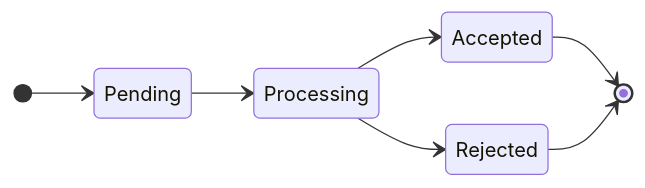
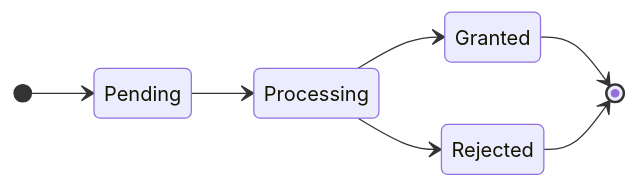
The first of 2 diagrams in README.md (criteo/node-disruption-controller), drawn with Mermaid before and after one commit. The commit also changed other lines of this file, not shown here.

````diff
--- a/README.md
+++ b/README.md
@@ -37,11 +72,11 @@
 ```mermaid
 stateDiagram
     direction LR
     [*] --> Pending
 
     Pending --> Processing
-    Processing --> Accepted
+    Processing --> Granted
     Processing --> Rejected
-    Accepted --> [*]
+    Granted --> [*]
     Rejected --> [*]
 ```
````
